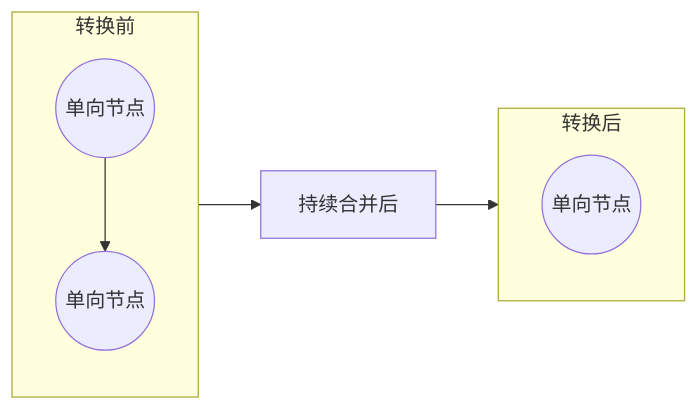
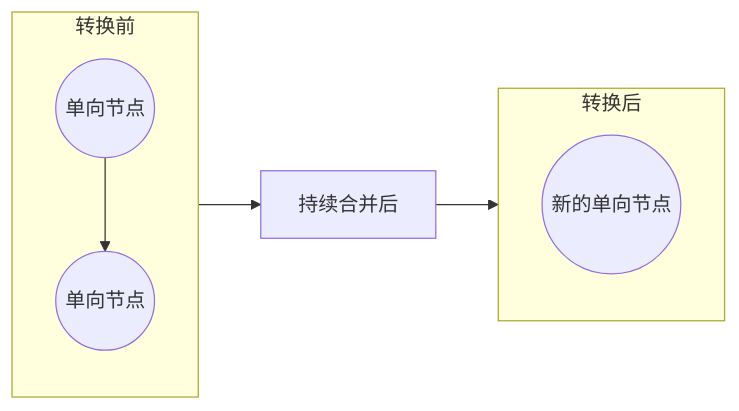
Before and after one commit to jsCrack8/JavaScript-Deobfuscator: diagram 13 of 22 in 控制流节点合并说明文档.md, drawn with Mermaid. The commit also changed other lines of this file, not shown here.

````diff
--- a/控制流节点合并说明文档.md
+++ b/控制流节点合并说明文档.md
@@ -258,15 +263,15 @@
 ```mermaid
 flowchart LR
   subgraph L3["转换前"]
     direction TB
     A3(("单向节点"))
     B3(("单向节点"))
     A3 --> B3
   end
-  B3 --> X3["持续合并后"]
+  X3["持续合并后"]
   subgraph R3["转换后"]
     direction TB
-    C3(("单向节点"))
+    C3(("新的单向节点"))
   end
-  X3 --> C3
+  L3 --> X3 --> R3
 ```
````
